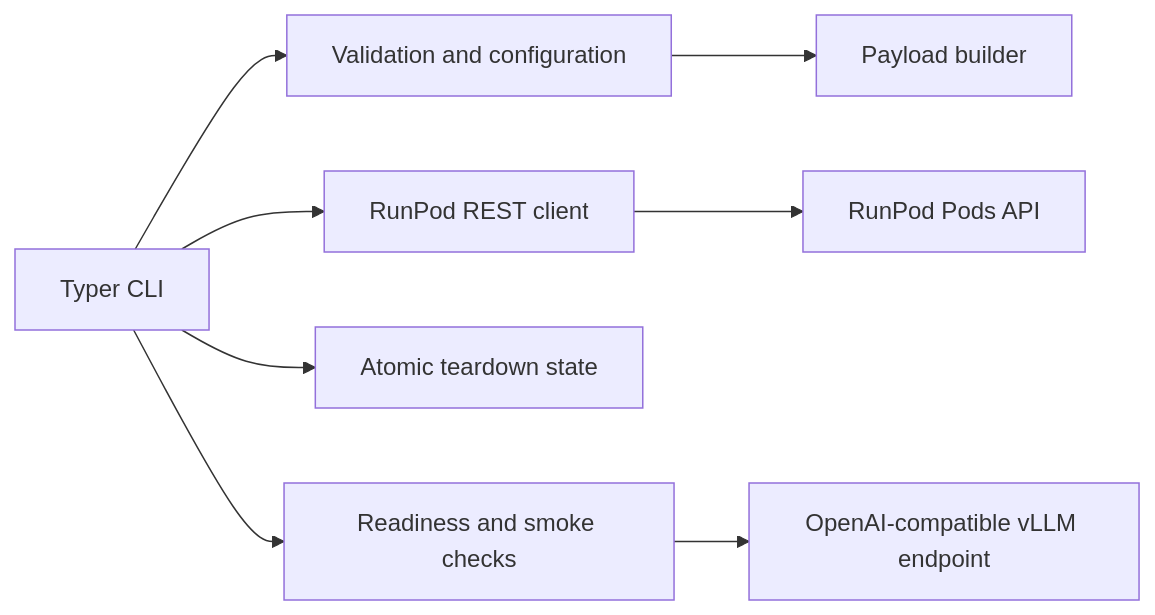
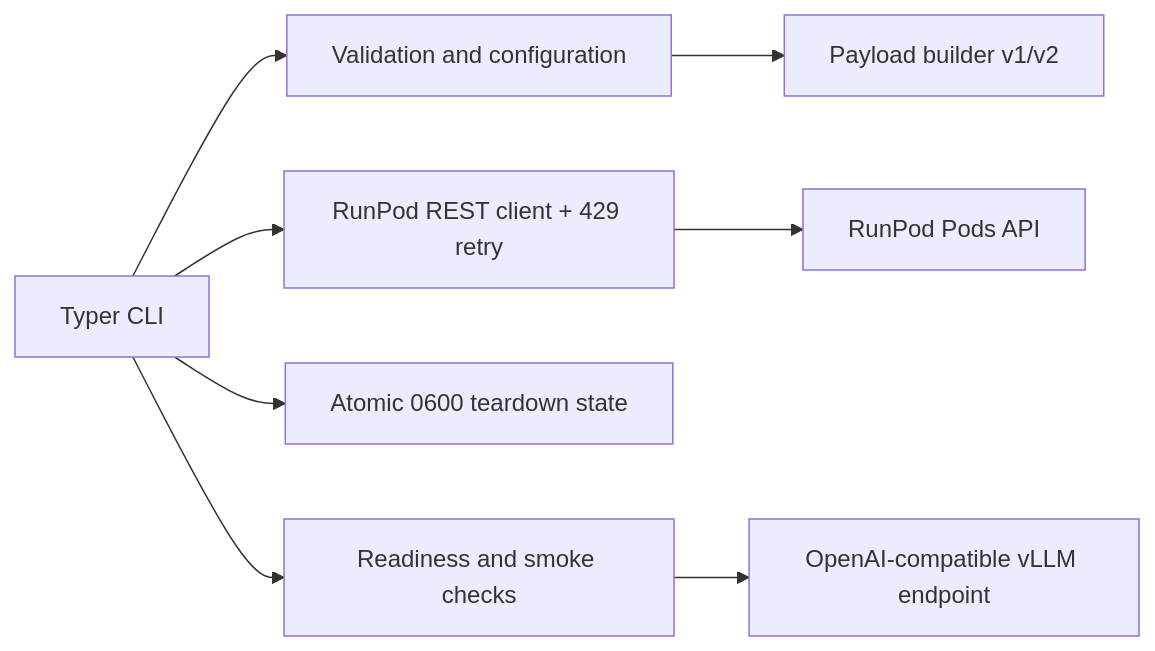
Before and after one commit to 1solomonwakhungu/runpod-vllm-deployer: the diagram in README.md, drawn with Mermaid. The commit also changed other lines of this file and 3 other files, not shown here.

Commit message:
docs: sync README and landing page for RunPod REST v2 (#12)

````diff
--- a/README.md
+++ b/README.md
@@ -26,10 +248,10 @@
 ```mermaid
 flowchart LR
     CLI[Typer CLI] --> CFG[Validation and configuration]
-    CFG --> PAYLOAD[Payload builder]
-    CLI --> API[RunPod REST client]
+    CFG --> PAYLOAD[Payload builder v1/v2]
+    CLI --> API[RunPod REST client + 429 retry]
     API --> RUNPOD[RunPod Pods API]
-    CLI --> STATE[Atomic teardown state]
+    CLI --> STATE[Atomic 0600 teardown state]
     CLI --> READY[Readiness and smoke checks]
     READY --> VLLM[OpenAI-compatible vLLM endpoint]
 ```
````
